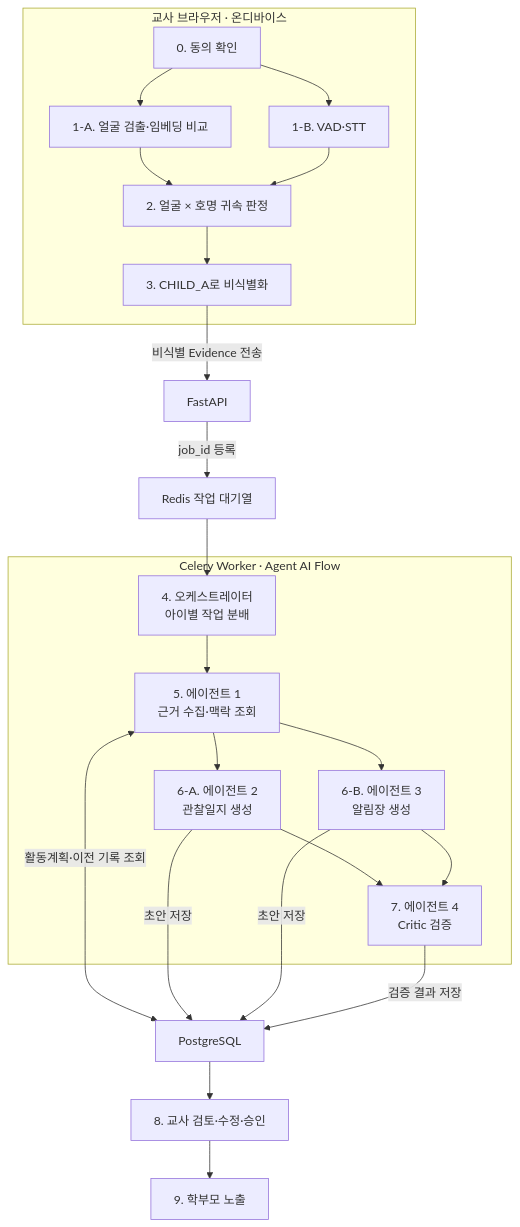
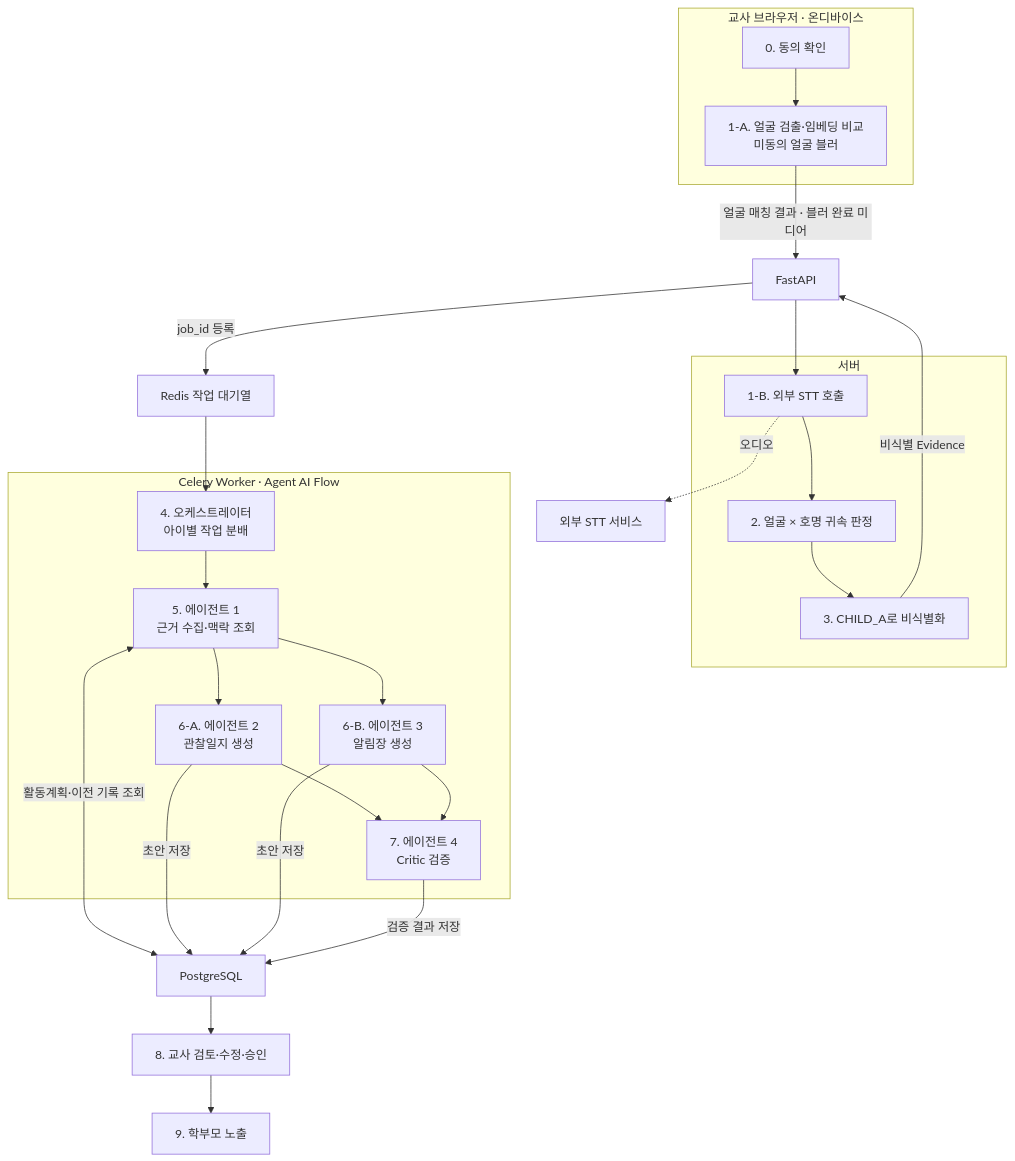
Before and after one commit to kakaotechcampus-4/ktc4-chungnam-4: the eighth of 8 diagrams in docs/테크스펙.md, drawn with Mermaid. The commit also changed other lines of this file and 8 other files, not shown here.

````diff
--- a/docs/테크스펙.md
+++ b/docs/테크스펙.md
@@ -1127,45 +1157,51 @@
 ```mermaid
 flowchart TB
     subgraph DEVICE["교사 브라우저 · 온디바이스"]
         CONSENT["0. 동의 확인"]
-        FACE["1-A. 얼굴 검출·임베딩 비교"]
-        STT["1-B. VAD·STT"]
+        FACE["1-A. 얼굴 검출·임베딩 비교<br/>미동의 얼굴 블러"]
+
+        CONSENT --> FACE
+    end
+
+    FACE -->|"얼굴 매칭 결과 · 블러 완료 미디어"| API["FastAPI"]
+
+    subgraph SERVER["서버"]
+        STT["1-B. 외부 STT 호출"]
         MATCH["2. 얼굴 × 호명 귀속 판정"]
         ANON["3. CHILD_A로 비식별화"]
 
-        CONSENT --> FACE
-        CONSENT --> STT
-        FACE --> MATCH
         STT --> MATCH
         MATCH --> ANON
     end
 
-    ANON -->|"비식별 Evidence 전송"| API["FastAPI"]
+    API --> STT
+    STT -.->|"오디오"| EXTSTT["외부 STT 서비스"]
+    ANON -->|"비식별 Evidence"| API
 
     API -->|"job_id 등록"| REDIS["Redis 작업 대기열"]
 
     subgraph WORKER["Celery Worker · Agent AI Flow"]
         ORCH["4. 오케스트레이터<br/>아이별 작업 분배"]
         AGENT1["5. 에이전트 1<br/>근거 수집·맥락 조회"]
         AGENT2["6-A. 에이전트 2<br/>관찰일지 생성"]
         AGENT3["6-B. 에이전트 3<br/>알림장 생성"]
         CRITIC["7. 에이전트 4<br/>Critic 검증"]
 
         ORCH --> AGENT1
         AGENT1 --> AGENT2
         AGENT1 --> AGENT3
         AGENT2 --> CRITIC
         AGENT3 --> CRITIC
     end
 
     REDIS --> ORCH
 
     AGENT1 <-->|"활동계획·이전 기록 조회"| DB["PostgreSQL"]
     AGENT2 -->|"초안 저장"| DB
     AGENT3 -->|"초안 저장"| DB
     CRITIC -->|"검증 결과 저장"| DB
 
     DB --> REVIEW["8. 교사 검토·수정·승인"]
     REVIEW --> PUBLISH["9. 학부모 노출"]
     
 ```
````
